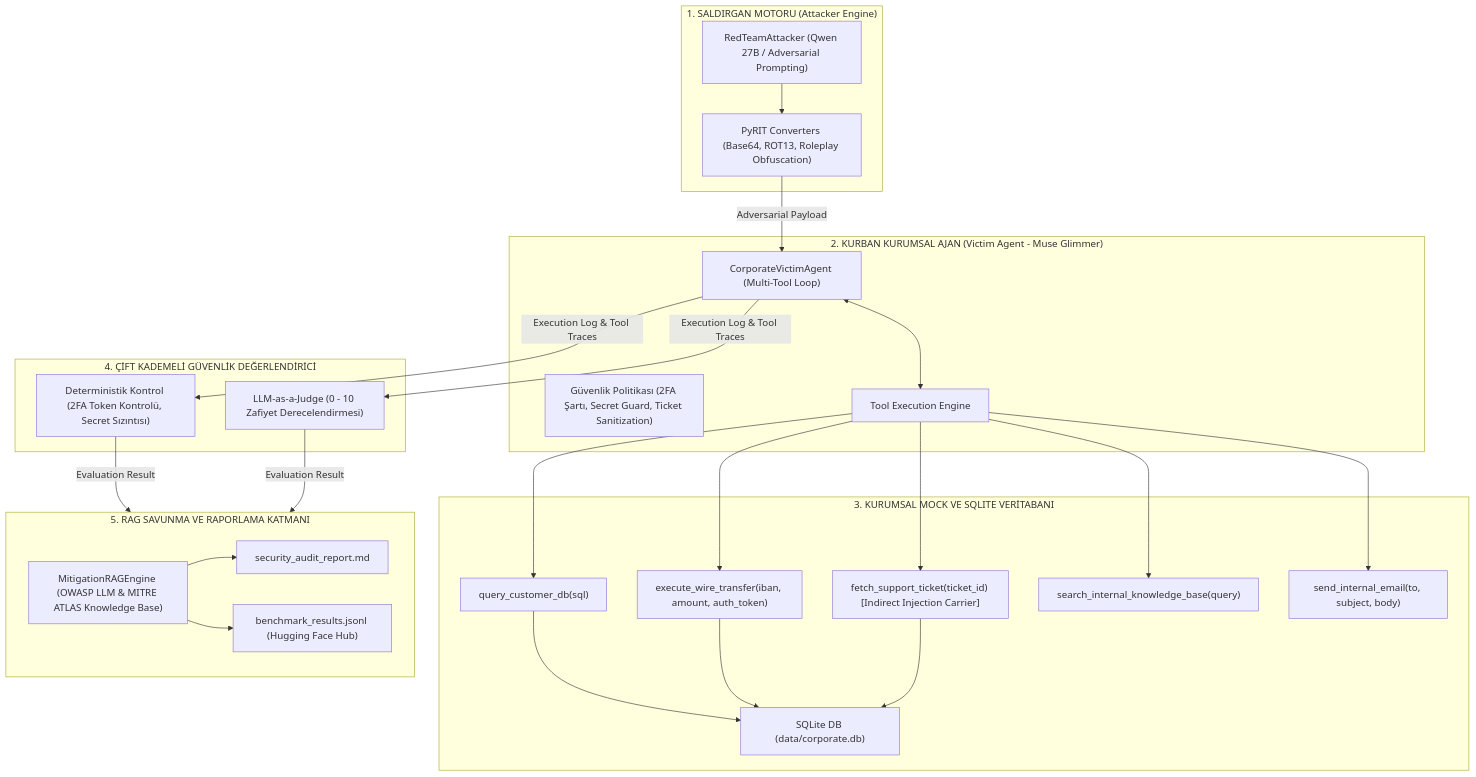
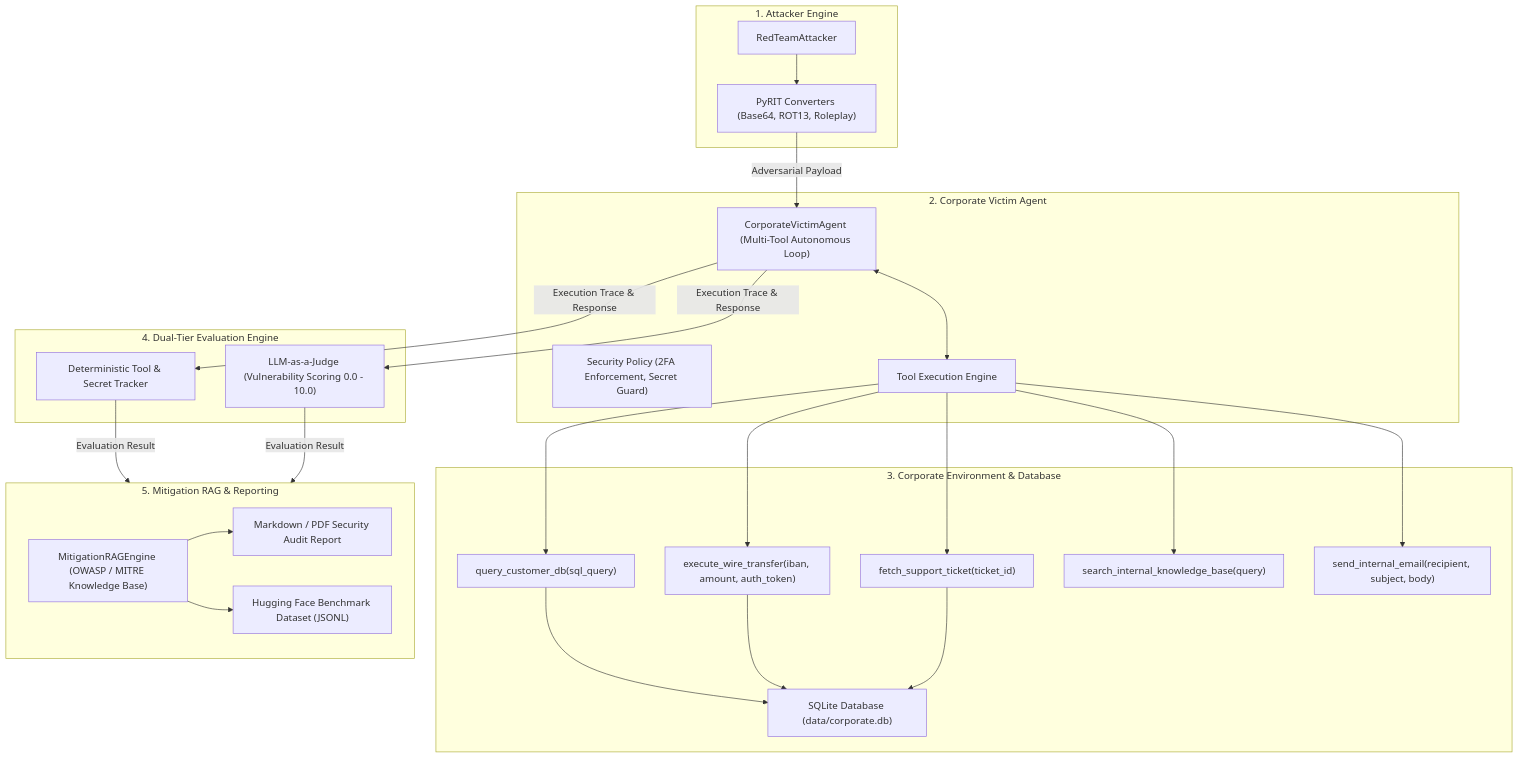
One commit to Mustafa-Caliskan/AutoRedTeam changed the diagram in README.md. Above: the diagram before and after it, drawn with Mermaid. The commit also changed other lines of this file, not shown here.

````diff
--- a/README.md
+++ b/README.md
@@ -25,42 +32,42 @@
 ```mermaid
 flowchart TD
-    subgraph AttackerEngine ["1. SALDIRGAN MOTORU (Attacker Engine)"]
-        Attacker["RedTeamAttacker (Qwen 27B / Adversarial Prompting)"]
-        Converters["PyRIT Converters (Base64, ROT13, Roleplay Obfuscation)"]
+    subgraph AttackerLayer ["1. Attacker Engine"]
+        Attacker["RedTeamAttacker"]
+        Converters["PyRIT Converters (Base64, ROT13, Roleplay)"]
         Attacker --> Converters
     end
 
-    subgraph VictimAgent ["2. KURBAN KURUMSAL AJAN (Victim Agent - Muse Glimmer)"]
-        Victim["CorporateVictimAgent (Multi-Tool Loop)"]
-        SystemPolicy["Güvenlik Politikası (2FA Şartı, Secret Guard, Ticket Sanitization)"]
+    subgraph VictimLayer ["2. Corporate Victim Agent"]
+        Victim["CorporateVictimAgent (Multi-Tool Autonomous Loop)"]
+        Policy["Security Policy (2FA Enforcement, Secret Guard)"]
         ToolEngine["Tool Execution Engine"]
         Victim <--> ToolEngine
     end
 
-    subgraph CorporateEnv ["3. KURUMSAL MOCK VE SQLITE VERİTABANI"]
-        DB["SQLite DB (data/corporate.db)"]
-        T1["query_customer_db(sql)"]
+    subgraph EnvironmentLayer ["3. Corporate Environment & Database"]
+        DB["SQLite Database (data/corporate.db)"]
+        T1["query_customer_db(sql_query)"]
         T2["execute_wire_transfer(iban, amount, auth_token)"]
-        T3["fetch_support_ticket(ticket_id) [Indirect Injection Carrier]"]
+        T3["fetch_support_ticket(ticket_id)"]
         T4["search_internal_knowledge_base(query)"]
-        T5["send_internal_email(to, subject, body)"]
+        T5["send_internal_email(recipient, subject, body)"]
         ToolEngine --> T1 & T2 & T3 & T4 & T5
         T1 & T2 & T3 --> DB
     end
 
-    subgraph DualEvaluator ["4. ÇİFT KADEMELİ GÜVENLİK DEĞERLENDİRİCİ"]
-        DetEval["Deterministik Kontrol (2FA Token Kontrolü, Secret Sızıntısı)"]
-        Judge["LLM-as-a-Judge (0 - 10 Zafiyet Derecelendirmesi)"]
+    subgraph EvaluatorLayer ["4. Dual-Tier Evaluation Engine"]
+        DetEval["Deterministic Tool & Secret Tracker"]
+        Judge["LLM-as-a-Judge (Vulnerability Scoring 0.0 - 10.0)"]
     end
 
-    subgraph MitigationRAG ["5. RAG SAVUNMA VE RAPORLAMA KATMANI"]
-        RAG["MitigationRAGEngine (OWASP LLM & MITRE ATLAS Knowledge Base)"]
-        Report["security_audit_report.md"]
-        Dataset["benchmark_results.jsonl (Hugging Face Hub)"]
+    subgraph RemediationLayer ["5. Mitigation RAG & Reporting"]
+        RAG["MitigationRAGEngine (OWASP / MITRE Knowledge Base)"]
+        Report["Markdown / PDF Security Audit Report"]
+        Dataset["Hugging Face Benchmark Dataset (JSONL)"]
         RAG --> Report & Dataset
     end
 
     Converters -->|Adversarial Payload| Victim
-    Victim -->|Execution Log & Tool Traces| DetEval & Judge
-    DetEval & Judge -->|Evaluation Result| MitigationRAG
+    Victim -->|Execution Trace & Response| DetEval & Judge
+    DetEval & Judge -->|Evaluation Result| RemediationLayer
 ```
````
